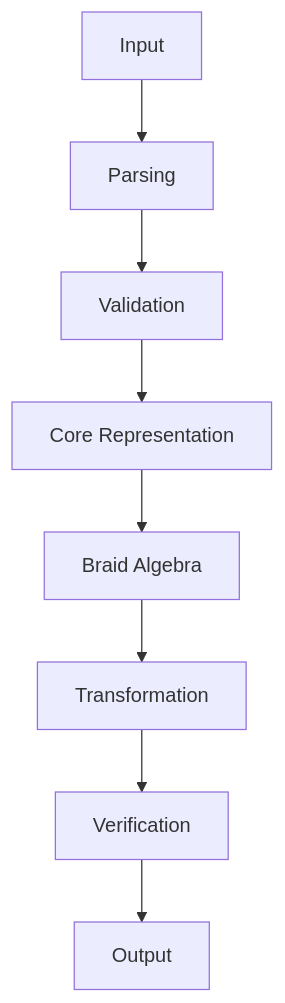
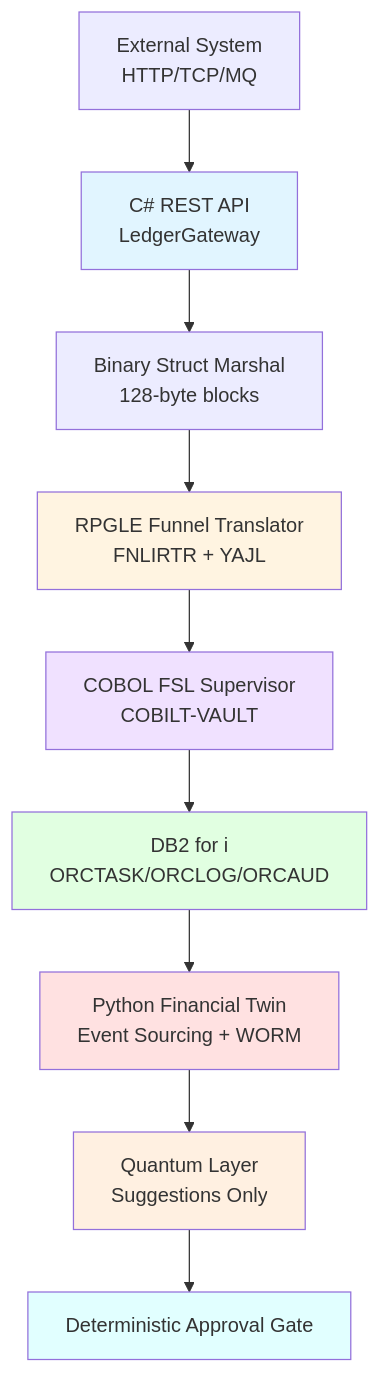
The first of 3 diagrams in README.md (SNAPKITTYWEST/devflow-finance-twin), drawn with Mermaid before and after one commit. The commit also changed other lines of this file, not shown here.

````diff
--- a/README.md
+++ b/README.md
@@ -337,10 +48,19 @@
 ```mermaid
-flowchart TD
-    A[Input] --> B[Parsing]
-    B --> C[Validation]
-    C --> D[Core Representation]
-    D --> E[Braid Algebra]
-    E --> F[Transformation]
-    F --> G[Verification]
-    G --> H[Output]
+graph TB
+    A[External System<br/>HTTP/TCP/MQ] --> B[C# REST API<br/>LedgerGateway]
+    B --> C[Binary Struct Marshal<br/>128-byte blocks]
+    C --> D[RPGLE Funnel Translator<br/>FNLIRTR + YAJL]
+    D --> E[COBOL FSL Supervisor<br/>COBILT-VAULT]
+    E --> F[DB2 for i<br/>ORCTASK/ORCLOG/ORCAUD]
+    F --> G[Python Financial Twin<br/>Event Sourcing + WORM]
+    G --> H[Quantum Layer<br/>Suggestions Only]
+    H --> I[Deterministic Approval Gate]
+    
+    style B fill:#e1f5ff
+    style D fill:#fff4e1
+    style E fill:#f0e1ff
+    style F fill:#e1ffe1
+    style G fill:#ffe1e1
+    style H fill:#fff0e1
+    style I fill:#e1ffff
 ```
````
